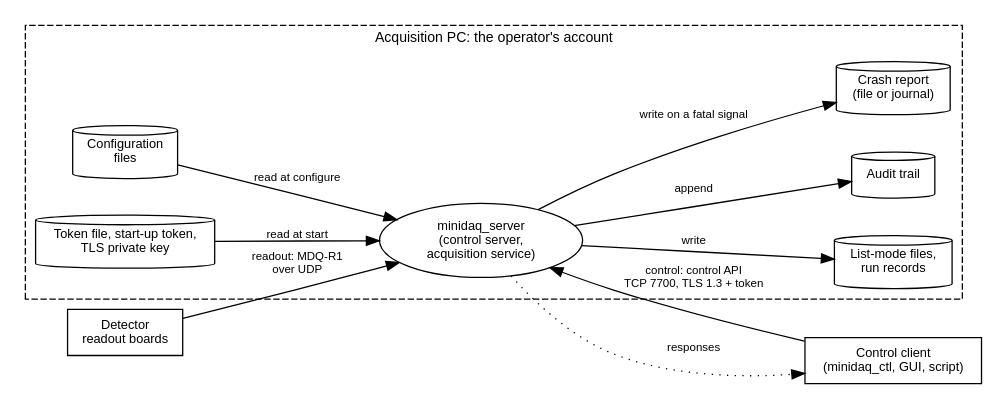
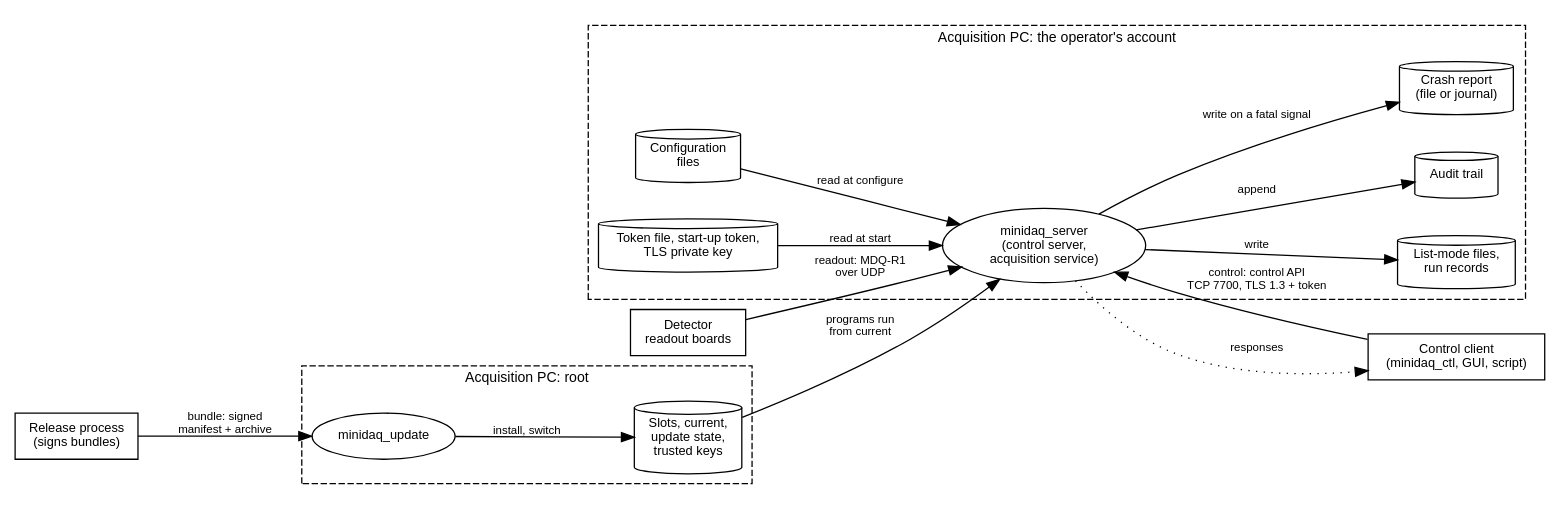
Before and after one commit to OussamaSegh/detector-to-diagnosis: the diagram in docs/regulatory/security/dataflow.dot, drawn with Graphviz. The commit also changed 60 other files, not shown here.

First line of the commit message:
MiniDAQ: a health-gated systemd watchdog and signed A/B updates (Chapter 25, CR-0011)

```diff
--- a/docs/regulatory/security/dataflow.dot
+++ b/docs/regulatory/security/dataflow.dot
@@ -1,32 +1,44 @@
 // SPDX-License-Identifier: MIT
 // MiniDAQ's data flow diagram for the threat model (Chapter 17). The node names are the element
 // ids of threats.json; tools/check_threats.py checks that the two agree. Dashed boxes are trust
 // boundaries. Render: dot -Tsvg dataflow.dot -o dataflow.svg
 digraph minidaq_dataflow {
   graph [rankdir=LR, fontname="Helvetica", fontsize=11, nodesep=0.4, ranksep=0.7];
   node [fontname="Helvetica", fontsize=10];
   edge [fontname="Helvetica", fontsize=9];
 
   client [label="Control client\n(minidaq_ctl, GUI, script)", shape=box];
   detector [label="Detector\nreadout boards", shape=box];
 
   subgraph cluster_pc {
     label="Acquisition PC: the operator's account";
     style=dashed;
     server [label="minidaq_server\n(control server,\nacquisition service)", shape=ellipse];
     config [label="Configuration\nfiles", shape=cylinder];
     tokens [label="Token file, start-up token,\nTLS private key", shape=cylinder];
     listmode [label="List-mode files,\nrun records", shape=cylinder];
     audit [label="Audit trail", shape=cylinder];
     crashreport [label="Crash report\n(file or journal)", shape=cylinder];
   }
 
+  // Chapter 25: updates. The updater runs as root, outside the slots it writes.
+  release [label="Release process\n(signs bundles)", shape=box];
+  subgraph cluster_root {
+    label="Acquisition PC: root";
+    style=dashed;
+    updater [label="minidaq_update", shape=ellipse];
+    slots [label="Slots, current,\nupdate state,\ntrusted keys", shape=cylinder];
+  }
+
   client -> server [label="control: control API\nTCP 7700, TLS 1.3 + token"];
   server -> client [label="responses", style=dotted];
   detector -> server [label="readout: MDQ-R1\nover UDP"];
   config -> server [label="read at configure"];
   tokens -> server [label="read at start"];
   server -> listmode [label="write"];
   server -> audit [label="append"];
   server -> crashreport [label="write on a fatal signal"];
+  release -> updater [label="bundle: signed\nmanifest + archive"];
+  updater -> slots [label="install, switch"];
+  slots -> server [label="programs run\nfrom current"];
 }
```
